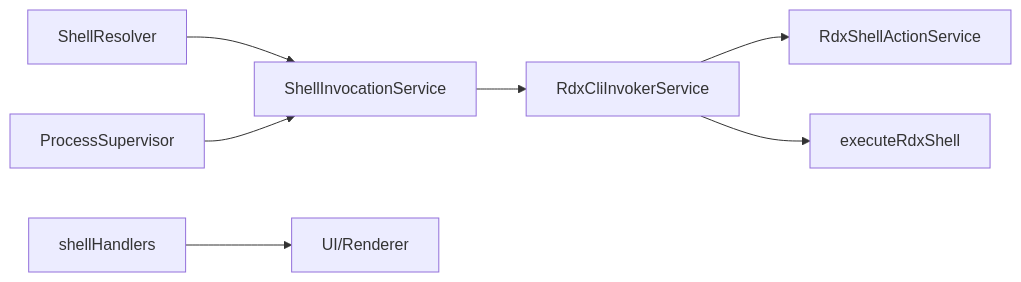
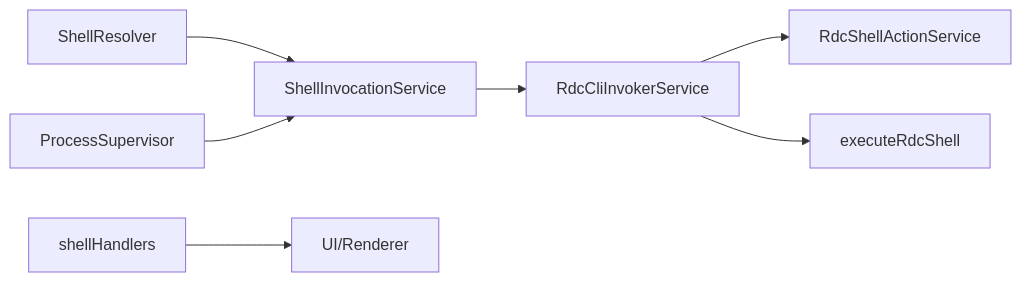
The fifth of 5 diagrams in .qoder/repowiki/zh/content/API 参考/工具 API/Shell 工具接口.md (haolange/RDC-Agent), drawn with Mermaid before and after one commit. The commit also changed other lines of this file and 557 other files, not shown here.

````diff
--- a/.qoder/repowiki/zh/content/API 参考/工具 API/Shell 工具接口.md
+++ b/.qoder/repowiki/zh/content/API 参考/工具 API/Shell 工具接口.md
@@ -294,9 +294,9 @@
 ```mermaid
 graph LR
 RS["ShellResolver"] --> SI["ShellInvocationService"]
 PSI["ProcessSupervisor"] --> SI
-SI --> RCI["RdxCliInvokerService"]
-RCI --> RSA["RdxShellActionService"]
-RCI --> ERX["executeRdxShell"]
+SI --> RCI["RdcCliInvokerService"]
+RCI --> RSA["RdcShellActionService"]
+RCI --> ERX["executeRdcShell"]
 SH["shellHandlers"] --> UI["UI/Renderer"]
 ```
````
